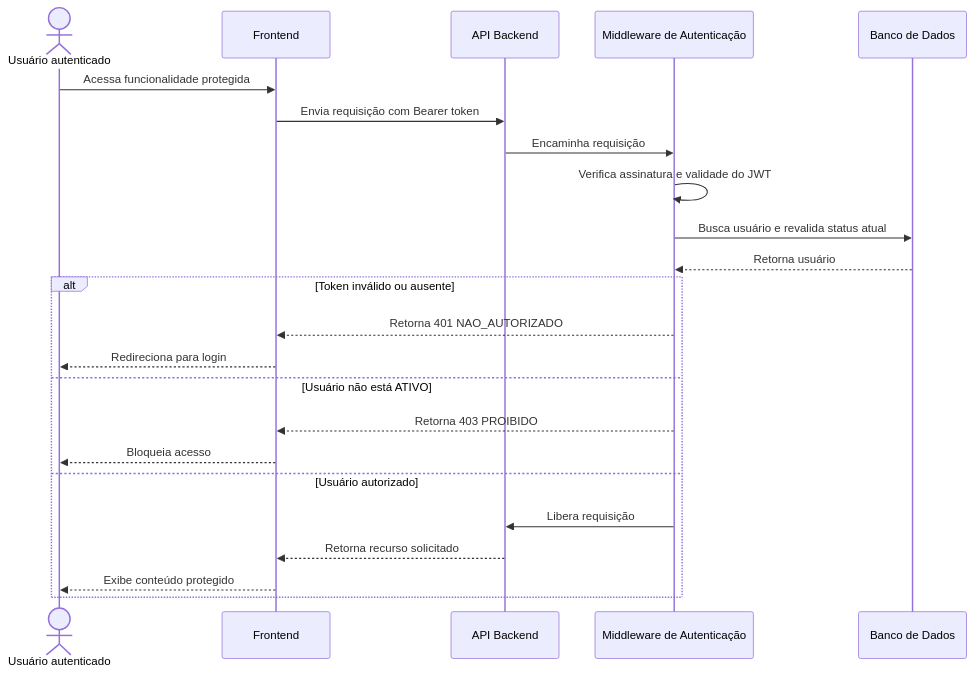
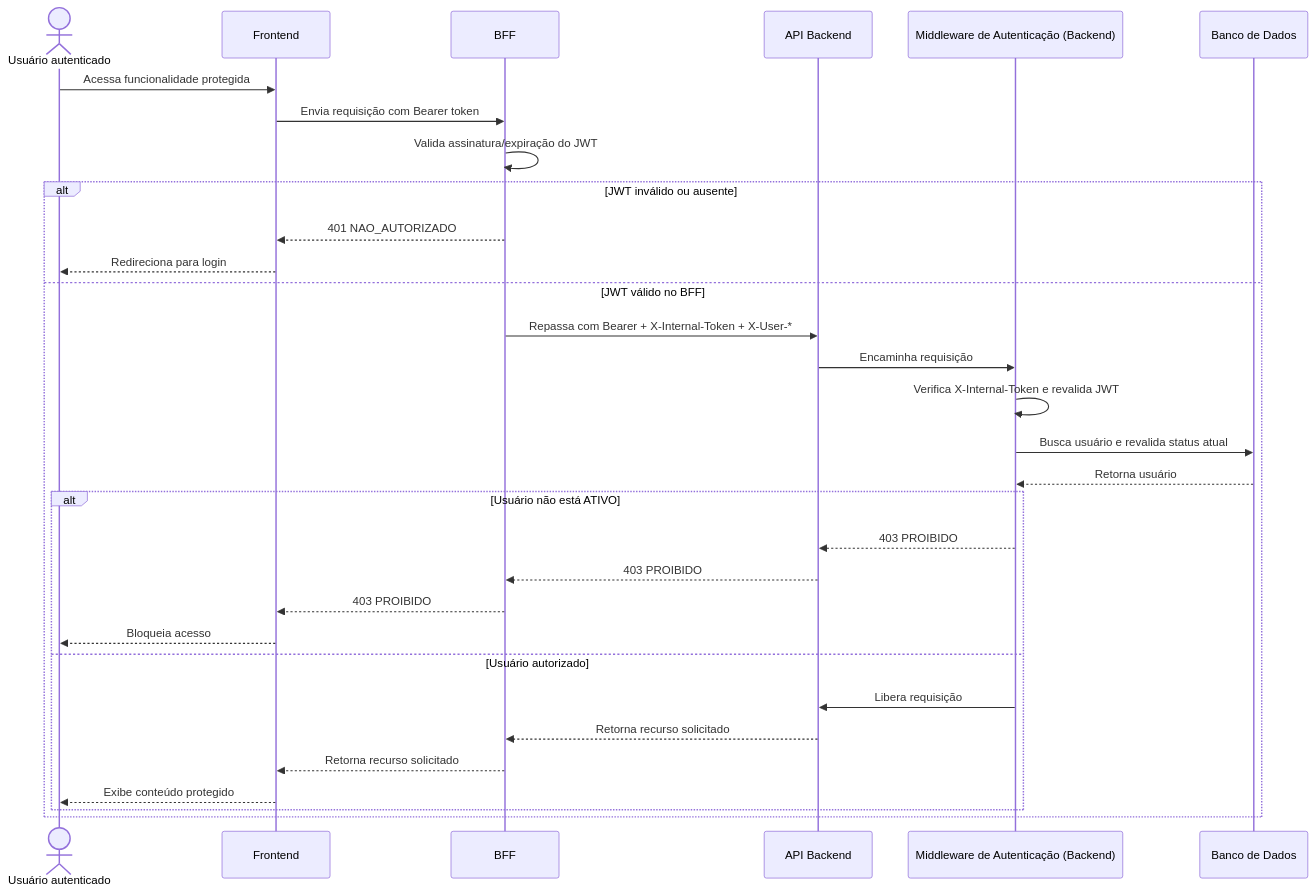
Before and after one commit to fga-eps-mds/2026-1-AnatoQuizUp-Doc: the fifth of 8 diagrams in docs/arquitetura/visoes/processos.md, drawn with Mermaid. The commit also changed other lines of this file and 14 other files, not shown here.

````diff
--- a/docs/arquitetura/visoes/processos.md
+++ b/docs/arquitetura/visoes/processos.md
@@ -117,27 +134,35 @@
 ```mermaid
 sequenceDiagram
     actor Usuario as Usuário autenticado
     participant Frontend
+    participant BFF
     participant Backend as API Backend
-    participant Middleware as Middleware de Autenticação
+    participant Middleware as Middleware de Autenticação (Backend)
     participant Banco as Banco de Dados
 
     Usuario->>Frontend: Acessa funcionalidade protegida
-    Frontend->>Backend: Envia requisição com Bearer token
-    Backend->>Middleware: Encaminha requisição
-    Middleware->>Middleware: Verifica assinatura e validade do JWT
-    Middleware->>Banco: Busca usuário e revalida status atual
-    Banco-->>Middleware: Retorna usuário
+    Frontend->>BFF: Envia requisição com Bearer token
+    BFF->>BFF: Valida assinatura/expiração do JWT
+    alt JWT inválido ou ausente
+        BFF-->>Frontend: 401 NAO_AUTORIZADO
+        Frontend-->>Usuario: Redireciona para login
+    else JWT válido no BFF
+        BFF->>Backend: Repassa com Bearer + X-Internal-Token + X-User-*
+        Backend->>Middleware: Encaminha requisição
+        Middleware->>Middleware: Verifica X-Internal-Token e revalida JWT
+        Middleware->>Banco: Busca usuário e revalida status atual
+        Banco-->>Middleware: Retorna usuário
 
-    alt Token inválido ou ausente
-        Middleware-->>Frontend: Retorna 401 NAO_AUTORIZADO
-        Frontend-->>Usuario: Redireciona para login
-    else Usuário não está ATIVO
-        Middleware-->>Frontend: Retorna 403 PROIBIDO
-        Frontend-->>Usuario: Bloqueia acesso
-    else Usuário autorizado
-        Middleware->>Backend: Libera requisição
-        Backend-->>Frontend: Retorna recurso solicitado
-        Frontend-->>Usuario: Exibe conteúdo protegido
+        alt Usuário não está ATIVO
+            Middleware-->>Backend: 403 PROIBIDO
+            Backend-->>BFF: 403 PROIBIDO
+            BFF-->>Frontend: 403 PROIBIDO
+            Frontend-->>Usuario: Bloqueia acesso
+        else Usuário autorizado
+            Middleware->>Backend: Libera requisição
+            Backend-->>BFF: Retorna recurso solicitado
+            BFF-->>Frontend: Retorna recurso solicitado
+            Frontend-->>Usuario: Exibe conteúdo protegido
+        end
     end
 ```
````
